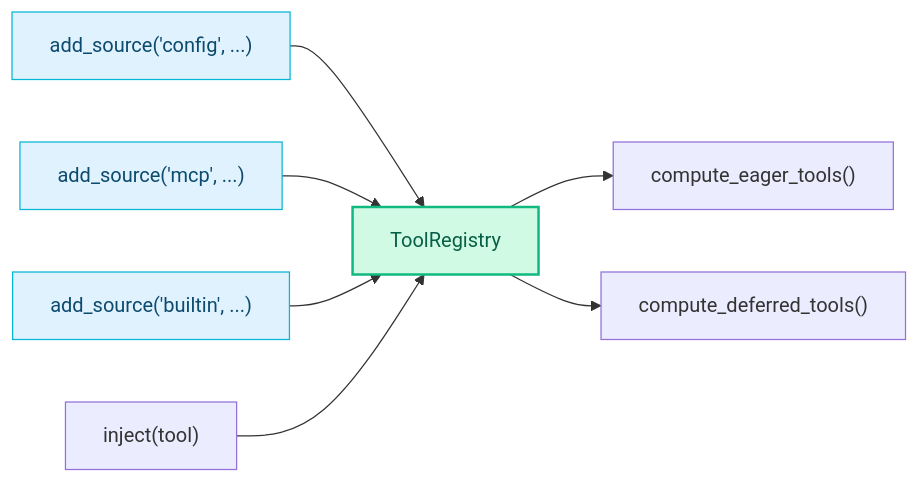
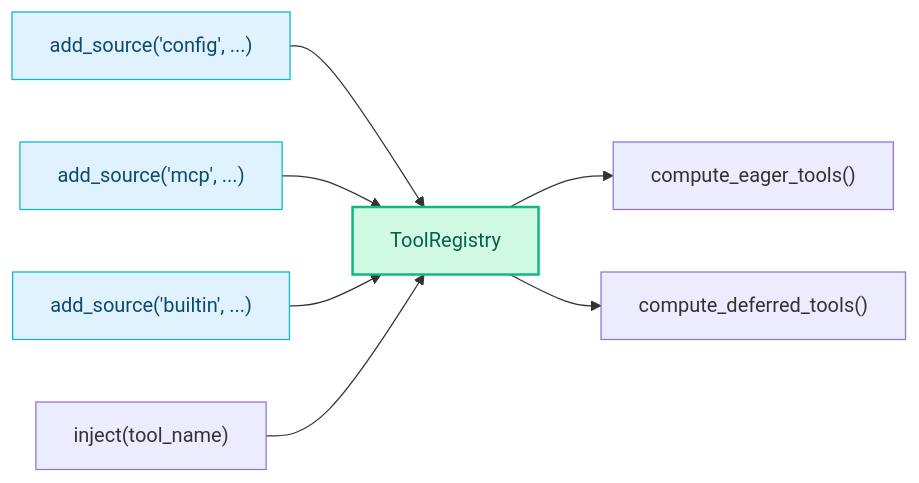
Before and after one commit to nex-agi/NexAU: the third of 3 diagrams in rfcs/0005-tool-search.md, drawn with Mermaid. The commit also changed other lines of this file and 43 other files, not shown here.

````diff
--- a/rfcs/0005-tool-search.md
+++ b/rfcs/0005-tool-search.md
@@ -116,14 +136,14 @@
 ```mermaid
 flowchart LR
     A["add_source('config', ...)"] --> R["ToolRegistry"]
     B["add_source('mcp', ...)"] --> R
     C["add_source('builtin', ...)"] --> R
     R --> D["compute_eager_tools()"]
     R --> E["compute_deferred_tools()"]
-    F["inject(tool)"] --> R
+    F["inject(tool_name)"] --> R
 
     style R fill:#D1FAE5,stroke:#10B981,stroke-width:2px,color:#065F46
     style A fill:#E0F2FE,stroke:#06B6D4,color:#0C4A6E
     style B fill:#E0F2FE,stroke:#06B6D4,color:#0C4A6E
     style C fill:#E0F2FE,stroke:#06B6D4,color:#0C4A6E
 ```
````
